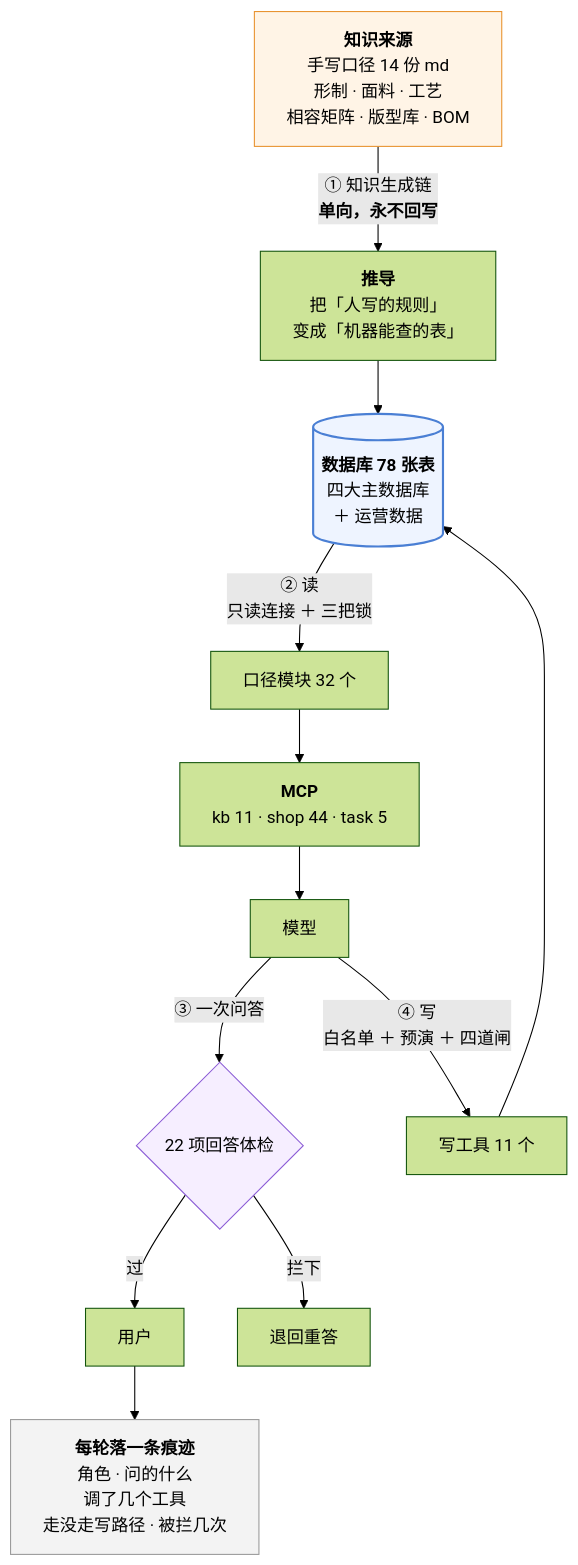
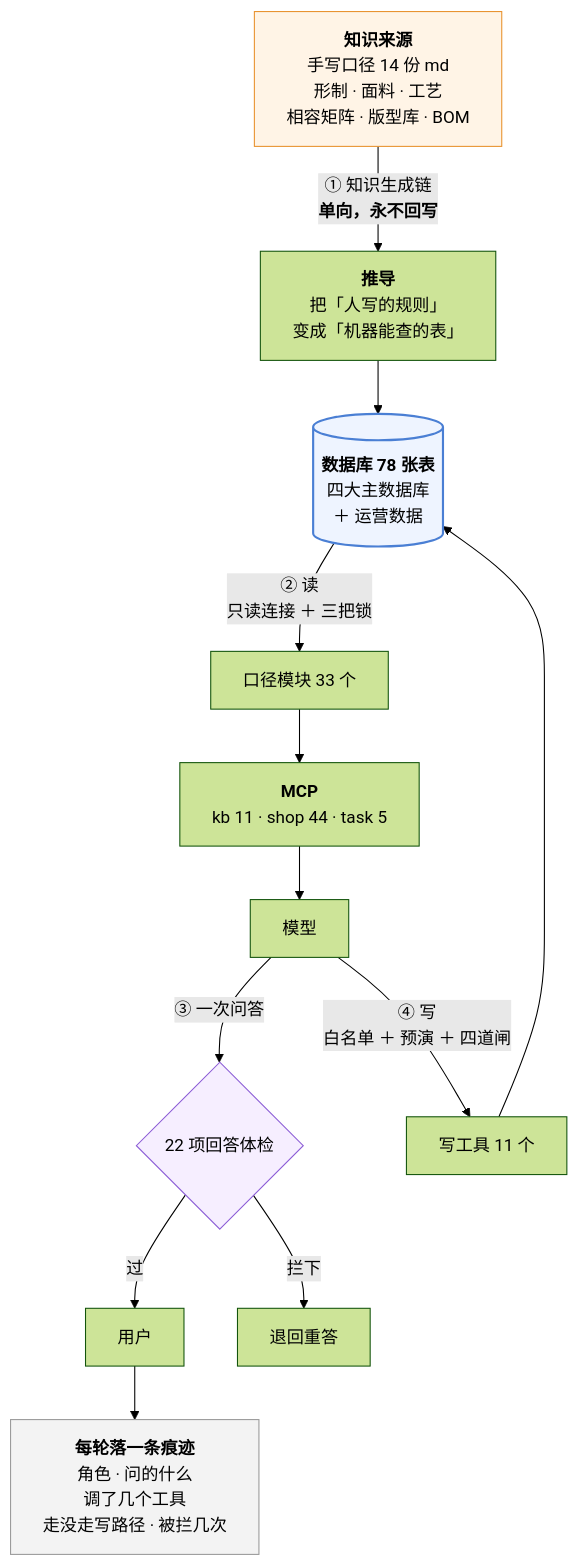
One commit to 843773296-rgb/lanxiu-yunshang-agent changed the third of 3 diagrams in 澜绣云裳agent-产品说明.md. Above: the diagram before and after it, drawn with Mermaid (forest theme). The commit also changed other lines of this file and 3 other files, not shown here.

````diff
--- a/澜绣云裳agent-产品说明.md
+++ b/澜绣云裳agent-产品说明.md
@@ -806,24 +806,24 @@
 ```mermaid
 flowchart TD
     MD["<b>知识来源</b><br/>手写口径 14 份 md<br/>形制 · 面料 · 工艺<br/>相容矩阵 · 版型库 · BOM"]
     MD -->|"① 知识生成链<br/><b>单向，永不回写</b>"| DV["<b>推导</b><br/>把「人写的规则」<br/>变成「机器能查的表」"]
     DV --> DB[("<b>数据库 78 张表</b><br/>四大主数据库<br/>＋ 运营数据")]
 
-    DB -->|"② 读<br/>只读连接 ＋ 三把锁"| KJ["口径模块 32 个"]
+    DB -->|"② 读<br/>只读连接 ＋ 三把锁"| KJ["口径模块 33 个"]
     KJ --> MCP["<b>MCP</b><br/>kb 11 · shop 44 · task 5"]
     MCP --> LLM["模型"]
 
     LLM -->|"③ 一次问答"| GD{"22 项回答体检"}
     GD -- 过 --> U["用户"]
     GD -- 拦下 --> RE["退回重答"]
 
     LLM -->|"④ 写<br/>白名单 ＋ 预演 ＋ 四道闸"| W["写工具 11 个"]
     W --> DB
 
     U --> TR["<b>每轮落一条痕迹</b><br/>角色 · 问的什么<br/>调了几个工具<br/>走没走写路径 · 被拦几次"]
 
     style MD fill:#fff4e6,stroke:#e8912d
     style DB fill:#eef4ff,stroke:#4a7fd4,stroke-width:2px
     style GD fill:#f6eeff,stroke:#8b5cd6
     style TR fill:#f3f3f3,stroke:#999
 ```
````
